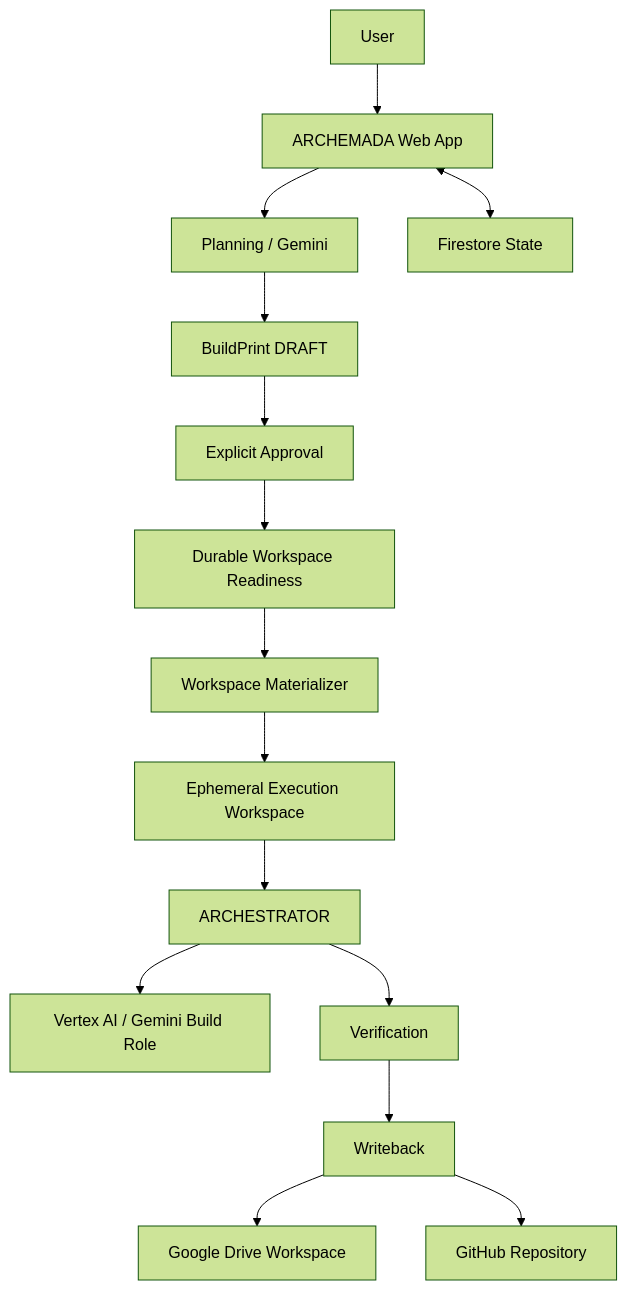
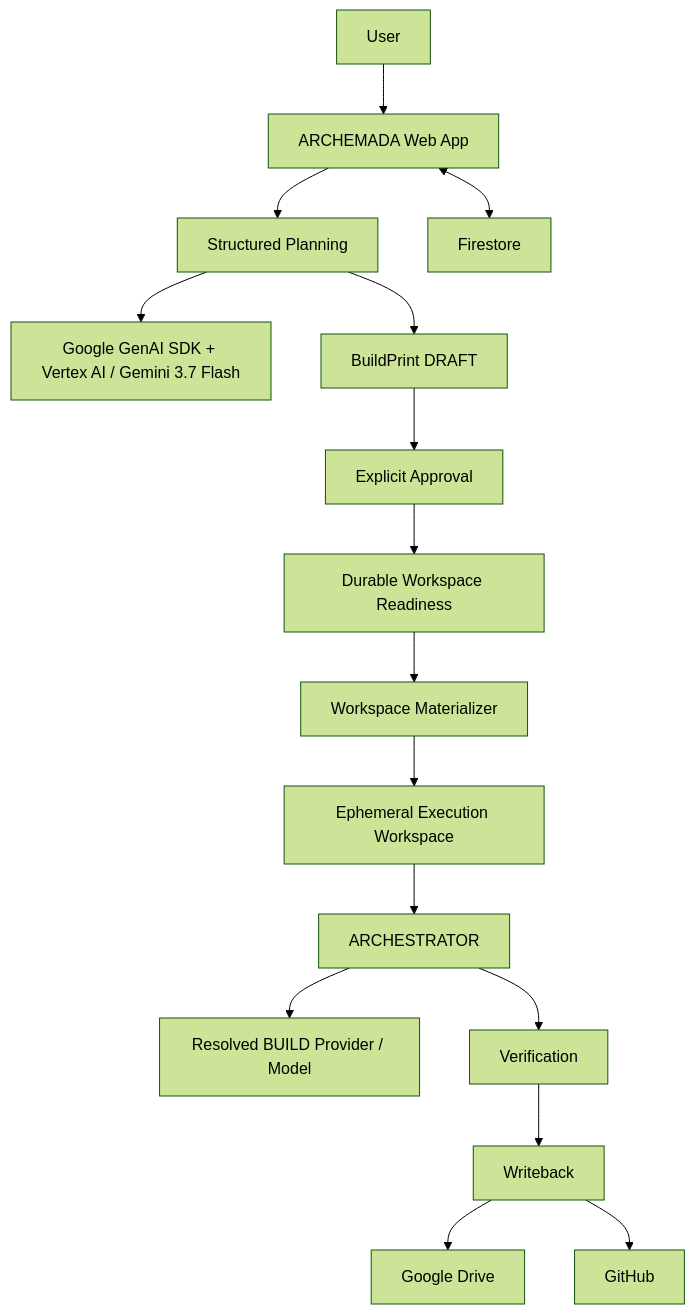
The diagram in docs/ARCHITECTURE.md (ArchePersona/ARCHEMADA-info), drawn with Mermaid (forest theme) before and after one commit. The commit also changed other lines of this file, not shown here.

Commit message:
docs: align architecture with private implementation source of truth

````diff
--- a/docs/ARCHITECTURE.md
+++ b/docs/ARCHITECTURE.md
@@ -9,17 +13,18 @@
 ```mermaid
 flowchart TD
     U[User] --> UI[ARCHEMADA Web App]
-    UI --> PLAN[Planning / Gemini]
+    UI --> PLAN[Structured Planning]
+    PLAN --> VERTEX[Google GenAI SDK + Vertex AI / Gemini 3.7 Flash]
     PLAN --> BP[BuildPrint DRAFT]
     BP --> APPROVE[Explicit Approval]
     APPROVE --> READY[Durable Workspace Readiness]
     READY --> MAT[Workspace Materializer]
     MAT --> EXEC[Ephemeral Execution Workspace]
     EXEC --> AR[ARCHESTRATOR]
-    AR --> MODEL[Vertex AI / Gemini Build Role]
+    AR --> BUILD[Resolved BUILD Provider / Model]
     AR --> VERIFY[Verification]
     VERIFY --> WB[Writeback]
-    WB --> DRIVE[Google Drive Workspace]
-    WB --> GH[GitHub Repository]
-    UI <--> FS[Firestore State]
+    WB --> DRIVE[Google Drive]
+    WB --> GH[GitHub]
+    UI <--> FS[Firestore]
 ```
````
